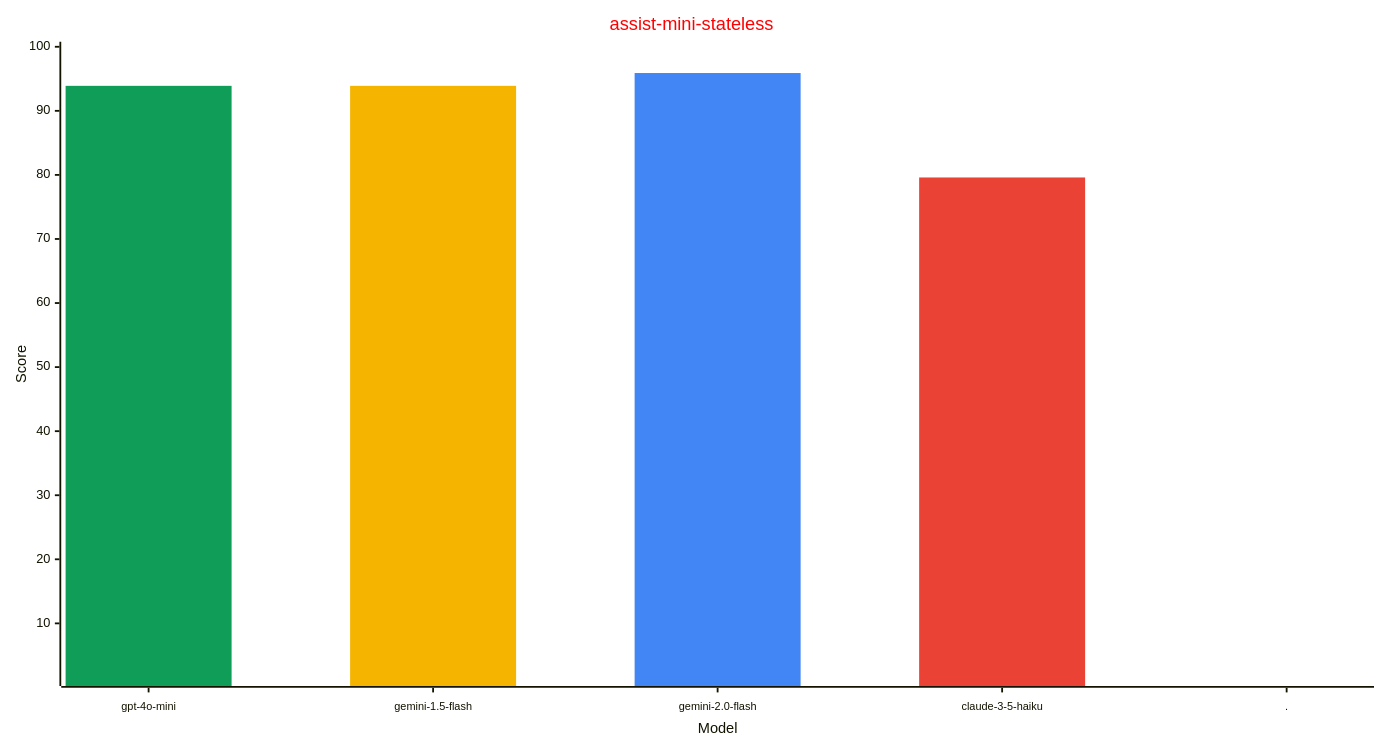
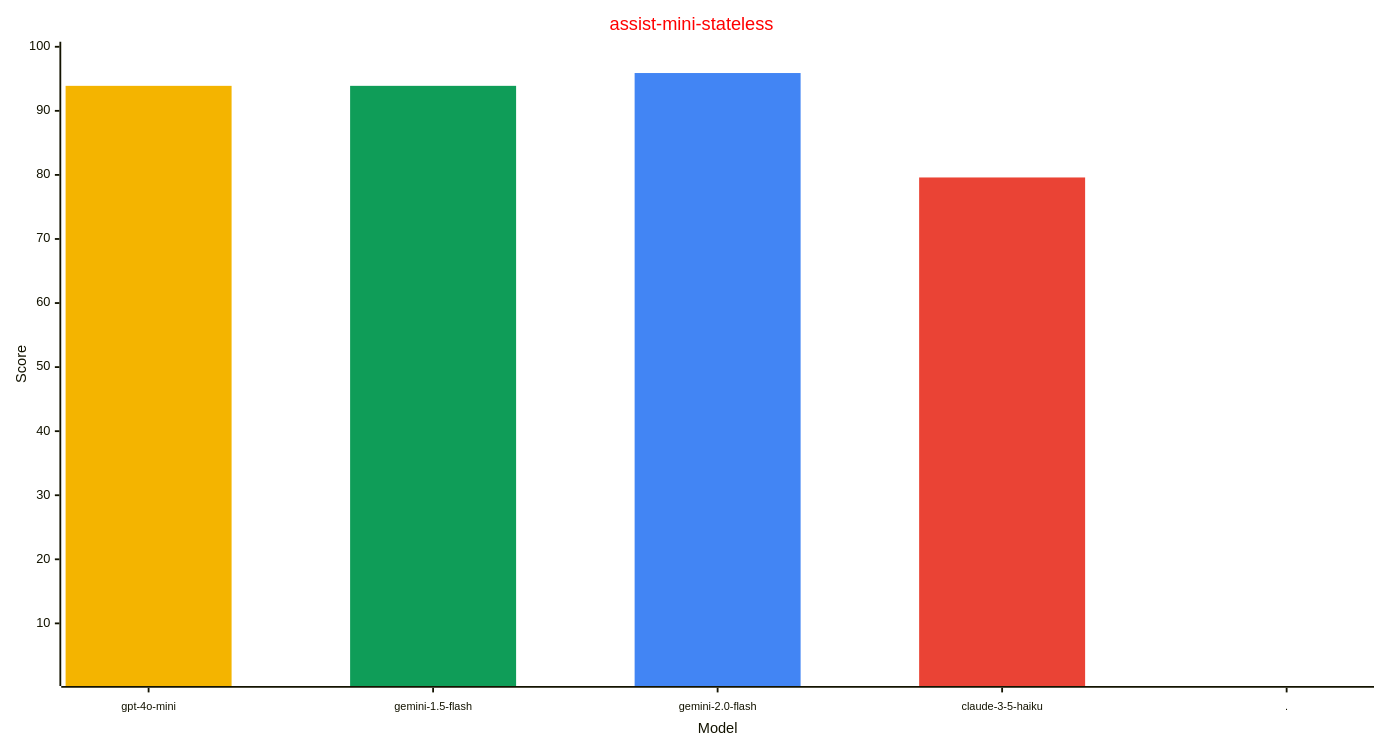
Before and after one commit to allenporter/home-assistant-datasets: the first of 4 diagrams in reports/README.md, drawn with Mermaid. The commit also changed other lines of this file and 1 other file, not shown here.

````diff
--- a/reports/README.md
+++ b/reports/README.md
@@ -48,25 +48,25 @@
 ```mermaid
 ---
 config:
     xyChart:
         width: 1500
         height: 800
         xAxis:
           labelFontSize: 12
           labelPadding: 8
     themeVariables:
         xyChart:
             titleColor: "#ff0000"
-            plotColorPalette: "#0f9d58, #f4b400, #4285f4, #ea4335, #4285f4"
+            plotColorPalette: "#f4b400, #0f9d58, #4285f4, #ea4335, #4285f4"
 
 ---
 xychart-beta
   title "assist-mini-stateless"
   x-axis "Model" [gpt-4o-mini, gemini-1.5-flash, gemini-2.0-flash, claude-3-5-haiku, .]
   y-axis "Score" 1 --> 100
   bar [93.9, 0.0, 0.0, 0.0, 0.0]
   bar [0.0, 93.9, 0.0, 0.0, 0.0]
   bar [0.0, 0.0, 95.9, 0.0, 0.0]
   bar [0.0, 0.0, 0.0, 79.6, 0.0]
   bar [0.0, 0.0, 0.0, 0.0, -1.0]
 ```
````
